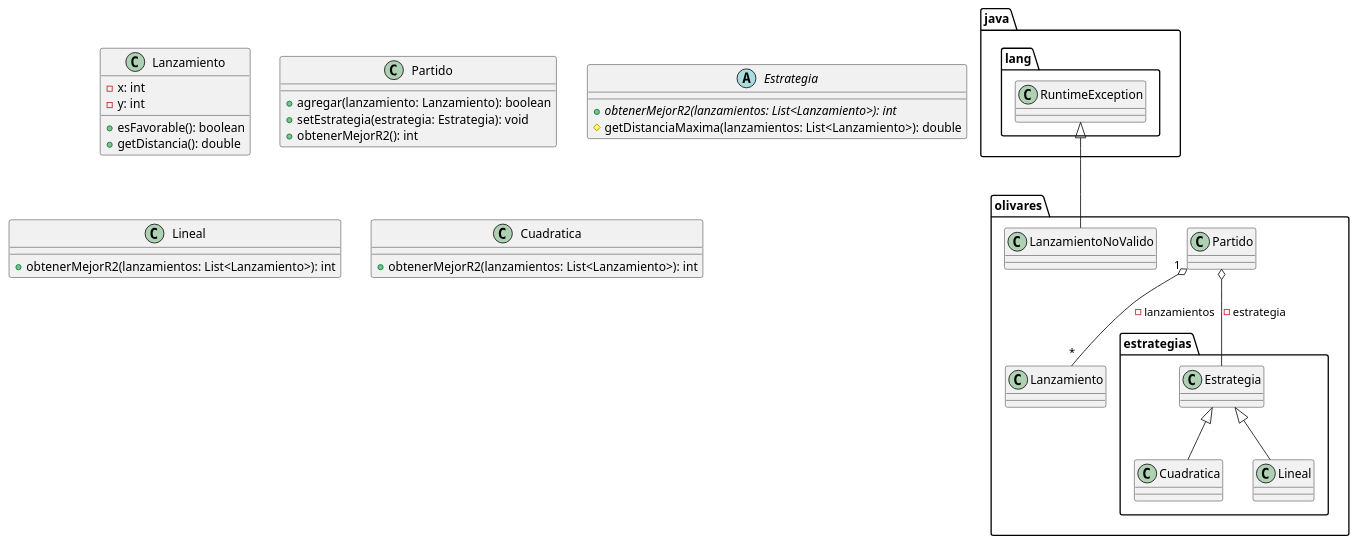
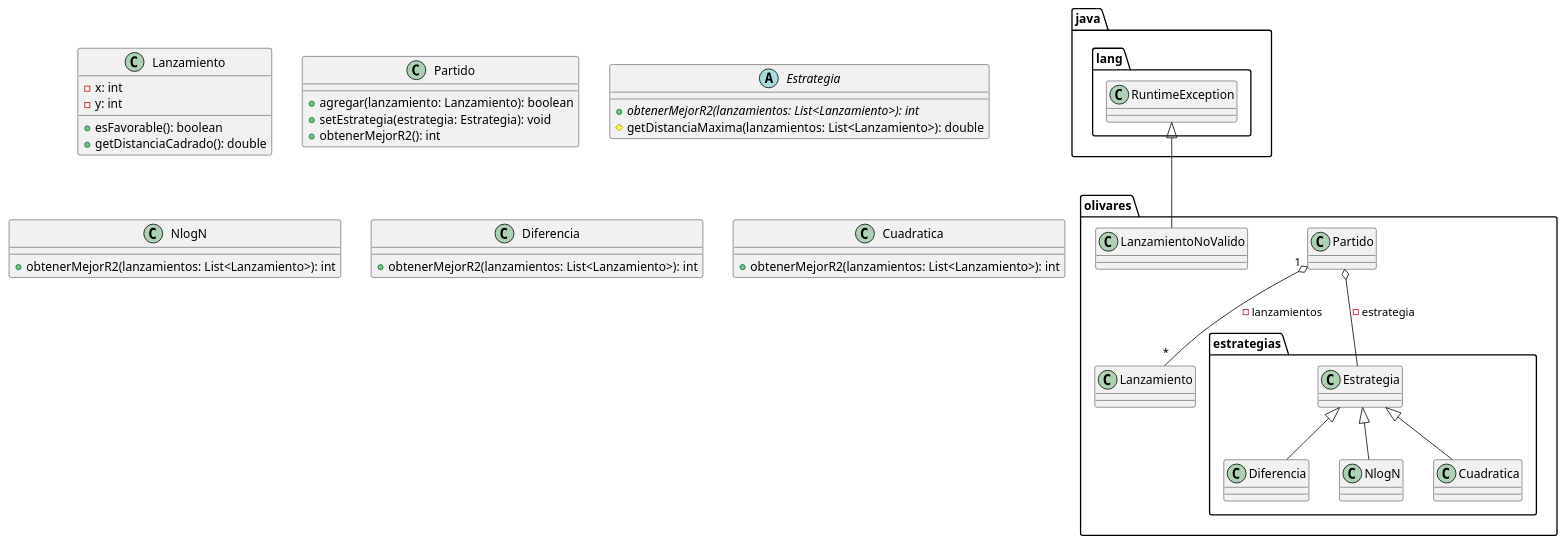
The diagram in oia/lanzamiento-de-aceitunas/diagrama.plantuml (programacion-avanzada/workspace), drawn with PlantUML before and after one commit. The commit also changed 10 other files, not shown here.

Commit message:
Se agrega estrategia cuadrática. Se actualizan README y diagramas

```diff
--- a/oia/lanzamiento-de-aceitunas/diagrama.plantuml
+++ b/oia/lanzamiento-de-aceitunas/diagrama.plantuml
@@ -1,38 +1,42 @@
 @startuml
 
 package "java.lang" {
 	class RuntimeException
 }
 
 package "olivares" {
 	Partido "1" o-- "*" Lanzamiento: -lanzamientos
 	package "estrategias" {
+		Estrategia <|-- Diferencia
+		Estrategia <|-- NlogN
 		Estrategia <|-- Cuadratica
-		Estrategia <|-- Lineal
 	}
 	Partido o-- Estrategia: -estrategia
 	RuntimeException <|-- LanzamientoNoValido
 }
 
 class Lanzamiento {
 	-x: int
 	-y: int
 	+esFavorable(): boolean
-	+getDistancia(): double
+	+getDistanciaCadrado(): double
 }
 class Partido {
 	+agregar(lanzamiento: Lanzamiento): boolean
 	+setEstrategia(estrategia: Estrategia): void
 	+obtenerMejorR2(): int
 }
 abstract class Estrategia {
 	{abstract} +obtenerMejorR2(lanzamientos: List<Lanzamiento>): int
 	#getDistanciaMaxima(lanzamientos: List<Lanzamiento>): double
 }
-class Lineal {
+class NlogN {
+	+obtenerMejorR2(lanzamientos: List<Lanzamiento>): int
+}
+class Diferencia {
 	+obtenerMejorR2(lanzamientos: List<Lanzamiento>): int
 }
 class Cuadratica {
 	+obtenerMejorR2(lanzamientos: List<Lanzamiento>): int
 }
 @enduml
```
